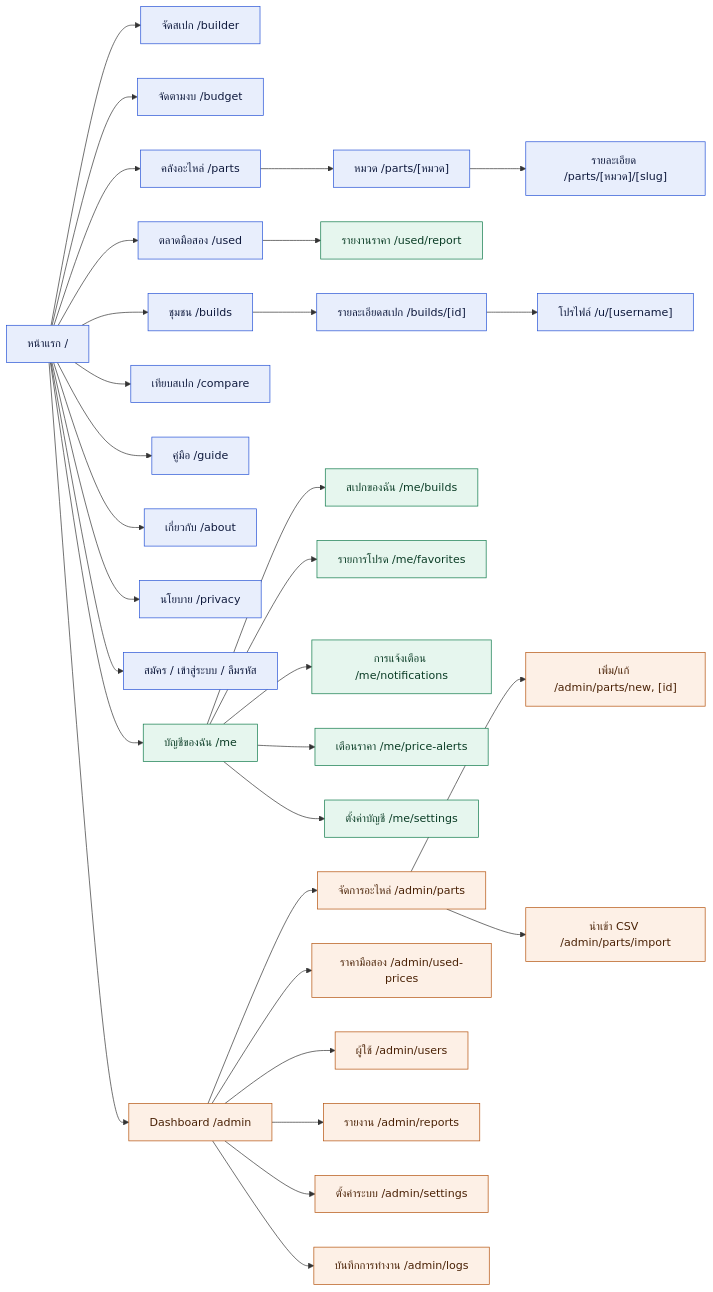
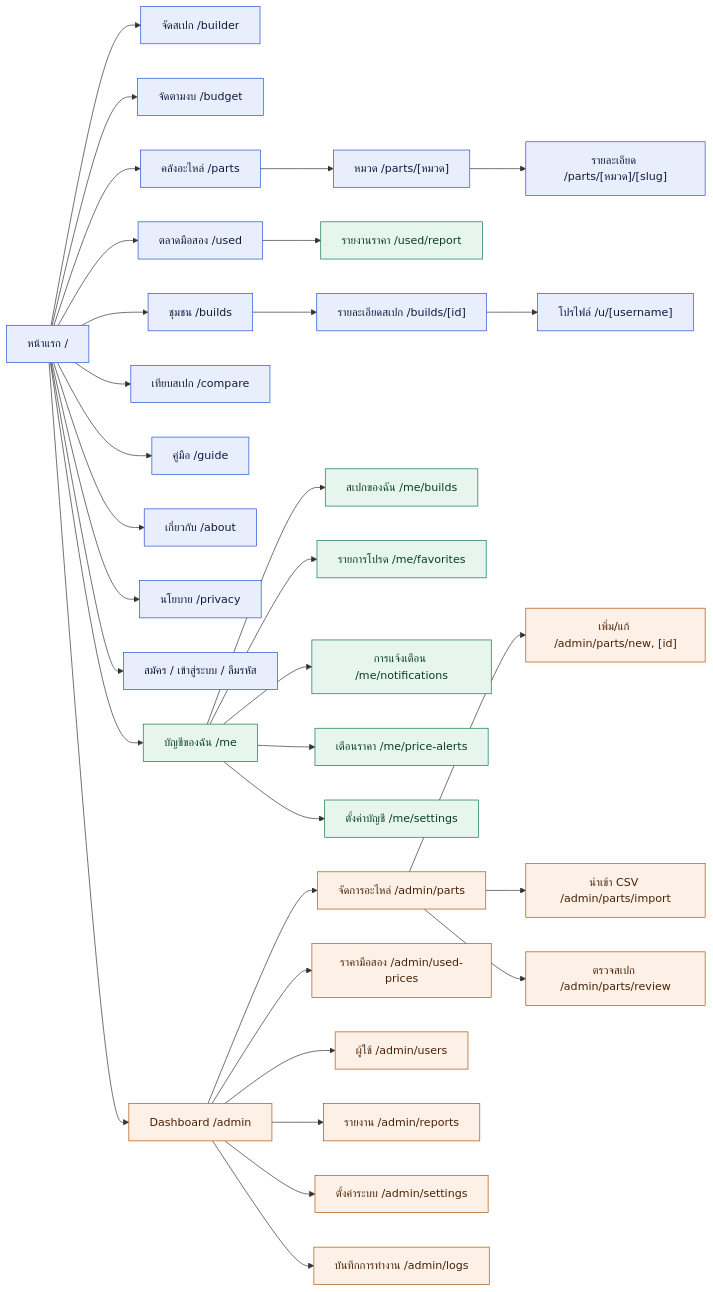
Before and after one commit to LasperX/BuildCheck: the diagram in docs/diagrams/sitemap.mmd, drawn with Mermaid. The commit also changed 11 other files, not shown here.

Commit message:
อัปเดตไดอะแกรมให้ครบฟีเจอร์ใหม่: Use Case (ตรวจสเปก ยืนยันอีเมลให้ นำเข้าแบบอัปเดต) ผังเว็บไซต์ (หน้าตรวจสเปก) ER จาก Schema จริง (availability) และ Flowchart จัดตามงบ/ราคามือสอง (รุ่นที่มีแต่มือสอง) พร้อมไฟล์รูปใหม่

```diff
--- a/docs/diagrams/sitemap.mmd
+++ b/docs/diagrams/sitemap.mmd
@@ -1,39 +1,40 @@
 %% ผังเว็บไซต์ (หัวข้อ 5.1, 5.2, 5.4) สีบอกสิทธิ์: น้ำเงิน = ทุกคน · เขียว = สมาชิก · ส้ม = แอดมิน
 flowchart LR
   home["หน้าแรก /"]
   home --> builder["จัดสเปก /builder"]
   home --> budget["จัดตามงบ /budget"]
   home --> parts["คลังอะไหล่ /parts"]
   parts --> partCat["หมวด /parts/[หมวด]"] --> partDetail["รายละเอียด /parts/[หมวด]/[slug]"]
   home --> used["ตลาดมือสอง /used"]
   used --> usedReport["รายงานราคา /used/report"]
   home --> builds["ชุมชน /builds"] --> buildDetail["รายละเอียดสเปก /builds/[id]"]
   buildDetail --> profile["โปรไฟล์ /u/[username]"]
   home --> compare["เทียบสเปก /compare"]
   home --> guide["คู่มือ /guide"]
   home --> about["เกี่ยวกับ /about"]
   home --> privacy["นโยบาย /privacy"]
   home --> auth["สมัคร / เข้าสู่ระบบ / ลืมรหัส"]
 
   home --> me["บัญชีของฉัน /me"]
   me --> meBuilds["สเปกของฉัน /me/builds"]
   me --> meFav["รายการโปรด /me/favorites"]
   me --> meNoti["การแจ้งเตือน /me/notifications"]
   me --> meAlerts["เตือนราคา /me/price-alerts"]
   me --> meSettings["ตั้งค่าบัญชี /me/settings"]
 
   home --> adminHome["Dashboard /admin"]
   adminHome --> aParts["จัดการอะไหล่ /admin/parts"] --> aPartForm["เพิ่ม/แก้ /admin/parts/new, [id]"]
   aParts --> aImport["นำเข้า CSV /admin/parts/import"]
+  aParts --> aReview["ตรวจสเปก /admin/parts/review"]
   adminHome --> aUsed["ราคามือสอง /admin/used-prices"]
   adminHome --> aUsers["ผู้ใช้ /admin/users"]
   adminHome --> aReports["รายงาน /admin/reports"]
   adminHome --> aSettings["ตั้งค่าระบบ /admin/settings"]
   adminHome --> aLogs["บันทึกการทำงาน /admin/logs"]
 
   classDef all fill:#e8eefc,stroke:#2753d6,color:#0f1a3d
   classDef member fill:#e6f6ee,stroke:#0f7a4a,color:#0b3d26
   classDef admin fill:#fdf0e6,stroke:#b5530e,color:#4a2206
   class home,builder,budget,parts,partCat,partDetail,used,builds,buildDetail,profile,compare,guide,about,privacy,auth all
   class usedReport,me,meBuilds,meFav,meNoti,meAlerts,meSettings member
-  class adminHome,aParts,aPartForm,aImport,aUsed,aUsers,aReports,aSettings,aLogs admin
+  class adminHome,aParts,aPartForm,aImport,aReview,aUsed,aUsers,aReports,aSettings,aLogs admin
```
